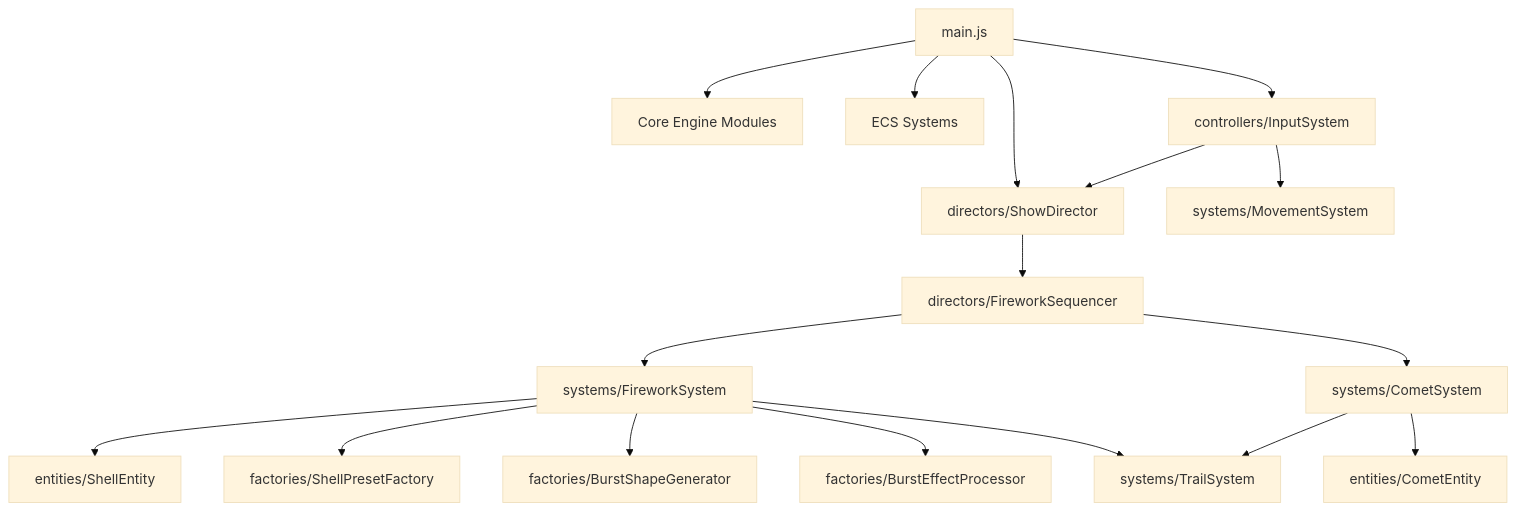
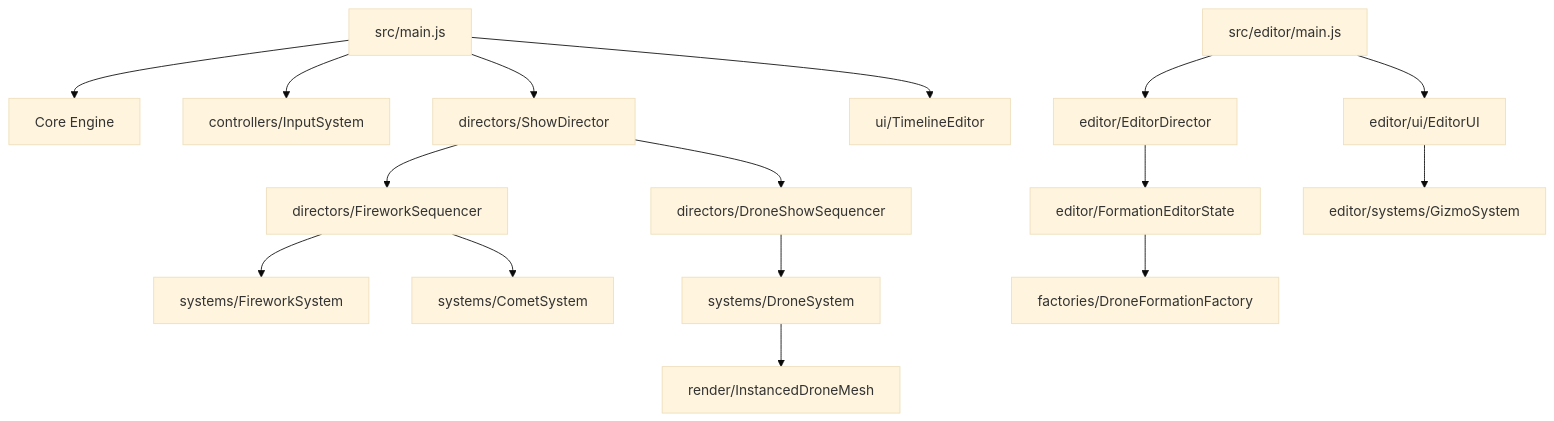
Before and after one commit to ThAolInh20/Shell-Drone_3d: the diagram in STRUCTURE-dev.md, drawn with Mermaid (base theme). The commit also changed other lines of this file and 10 other files, not shown here.

````diff
--- a/STRUCTURE-dev.md
+++ b/STRUCTURE-dev.md
@@ -45,23 +62,22 @@
 ```mermaid
 graph TD
-    Main[main.js] --> Core[Core Engine Modules]
-    Main --> Systems[ECS Systems]
+    Main[src/main.js] --> Core[Core Engine]
     Main --> Input[controllers/InputSystem]
-    Main --> Directors[directors/ShowDirector]
+    Main --> ShowDirector[directors/ShowDirector]
+    Main --> UI[ui/TimelineEditor]
 
-    Input --> Movement[systems/MovementSystem]
-    Input --> Directors
+    ShowDirector --> FireworkSeq[directors/FireworkSequencer]
+    ShowDirector --> DroneSeq[directors/DroneShowSequencer]
 
-    Directors --> Sequencer[directors/FireworkSequencer]
-    Sequencer --> FWSystem[systems/FireworkSystem]
-    Sequencer --> CometSystem[systems/CometSystem]
+    FireworkSeq --> FWSystem[systems/FireworkSystem]
+    FireworkSeq --> CometSystem[systems/CometSystem]
 
-    FWSystem --> Shell[entities/ShellEntity]
-    FWSystem --> ShellPreset[factories/ShellPresetFactory]
-    FWSystem --> ShapeGen[factories/BurstShapeGenerator]
-    FWSystem --> EffectProc[factories/BurstEffectProcessor]
-    FWSystem --> TrailSystem[systems/TrailSystem]
+    DroneSeq --> DroneSys[systems/DroneSystem]
+    DroneSys --> InstancedMesh[render/InstancedDroneMesh]
 
-    CometSystem --> Comet[entities/CometEntity]
-    CometSystem --> TrailSystem
+    EditorMain[src/editor/main.js] --> EditorDir[editor/EditorDirector]
+    EditorMain --> EditorUI[editor/ui/EditorUI]
+    EditorDir --> FormationState[editor/FormationEditorState]
+    FormationState --> DroneFactory[factories/DroneFormationFactory]
+    EditorUI --> Gizmo[editor/systems/GizmoSystem]
 ```
````
